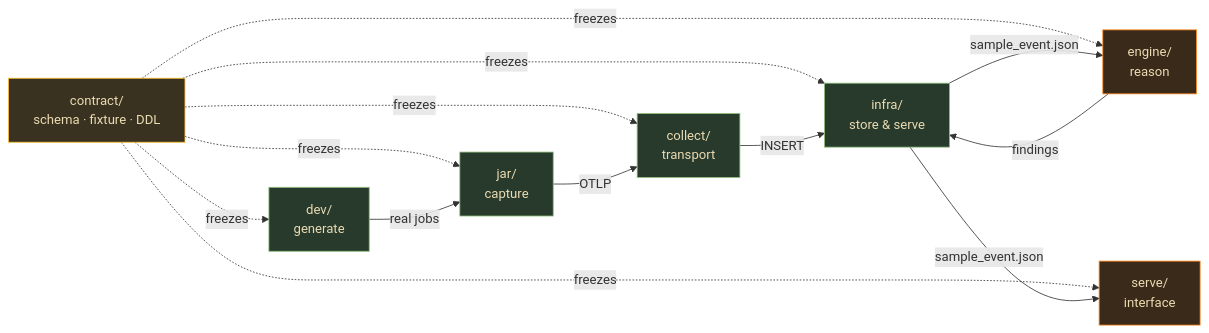
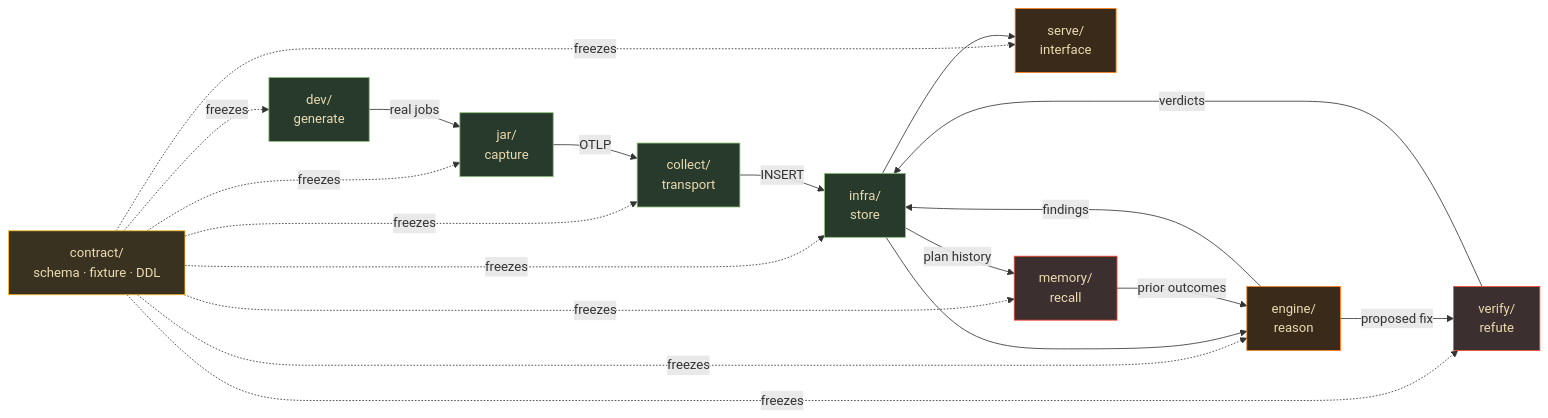
One commit to luanmorenommaciel/apex changed the diagram in PIPELINE.md. Above: the diagram before and after it, drawn with Mermaid. The commit also changed other lines of this file and 11 other files, not shown here.

````diff
--- a/PIPELINE.md
+++ b/PIPELINE.md
@@ -22,19 +31,26 @@
 ```mermaid
 flowchart LR
     C["contract/<br/>schema · fixture · DDL"]:::c
     D["dev/<br/>generate"]:::plumb
     J["jar/<br/>capture"]:::plumb
     K["collect/<br/>transport"]:::plumb
-    I["infra/<br/>store & serve"]:::plumb
+    I["infra/<br/>store"]:::plumb
     E["engine/<br/>reason"]:::brain
     S["serve/<br/>interface"]:::brain
+    M["memory/<br/>recall"]:::cross
+    V["verify/<br/>refute"]:::cross
 
-    C -.freezes.-> D & J & K & I & E & S
+    C -.freezes.-> D & J & K & I & E & S & M & V
     D -->|real jobs| J -->|OTLP| K -->|INSERT| I
-    I -->|sample_event.json| E & S
+    I --> E & S
     E -->|findings| I
+    I -->|plan history| M
+    E -->|proposed fix| V
+    V -->|verdicts| I
+    M -->|prior outcomes| E
 
     classDef c fill:#3a3220,stroke:#fabd2f,color:#ebdbb2;
     classDef plumb fill:#283a2b,stroke:#8ec07c,color:#ebdbb2;
     classDef brain fill:#3a2a1a,stroke:#fe8019,color:#ebdbb2;
+    classDef cross fill:#3c2f2f,stroke:#fb4934,color:#ebdbb2;
 ```
````
